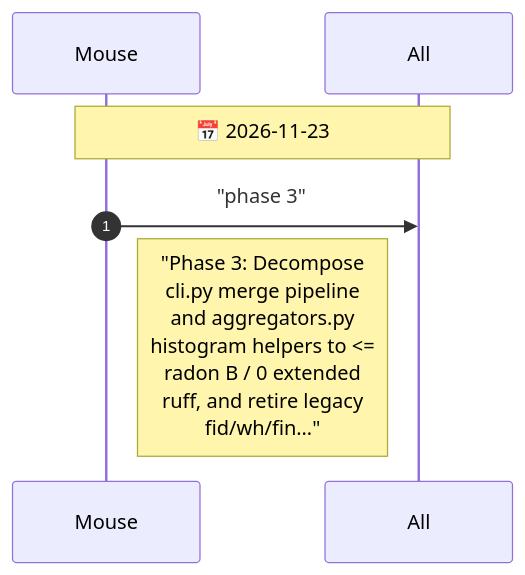
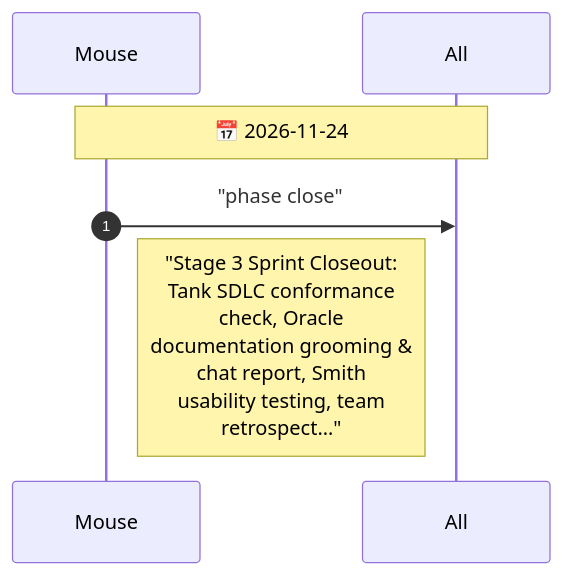
Before and after one commit to drusifer/sketch-tastic: the fifth of 5 diagrams in agents/CHAT.diagram.md, drawn with Mermaid. The commit also changed other lines of this file and 17 other files, not shown here.

First line of the commit message:
refactor(cli): decompose merge pipeline and histogram helpers and retire legacy names

````diff
--- a/agents/CHAT.diagram.md
+++ b/agents/CHAT.diagram.md
@@ -264,10 +298,10 @@
 ```mermaid
 %%{init: {"sequence": {"messageFontSize": 14, "noteFontSize": 18, "actorFontSize": 14}}}%%
 sequenceDiagram
     autonumber
     participant Mouse
     participant All
-    Note over Mouse,All: 📅 2026-11-23
-    Mouse->>All: "phase 3"
-    Note right of Mouse: "Phase 3: Decompose<br/>cli.py merge pipeline<br/>and aggregators.py<br/>histogram helpers to <=<br/>radon B / 0 extended<br/>ruff, and retire legacy<br/>fid/wh/fin…"
+    Note over Mouse,All: 📅 2026-11-24
+    Mouse->>All: "phase close"
+    Note right of Mouse: "Stage 3 Sprint Closeout:<br/>Tank SDLC conformance<br/>check, Oracle<br/>documentation grooming &<br/>chat report, Smith<br/>usability testing, team<br/>retrospect…"
 ```
````
